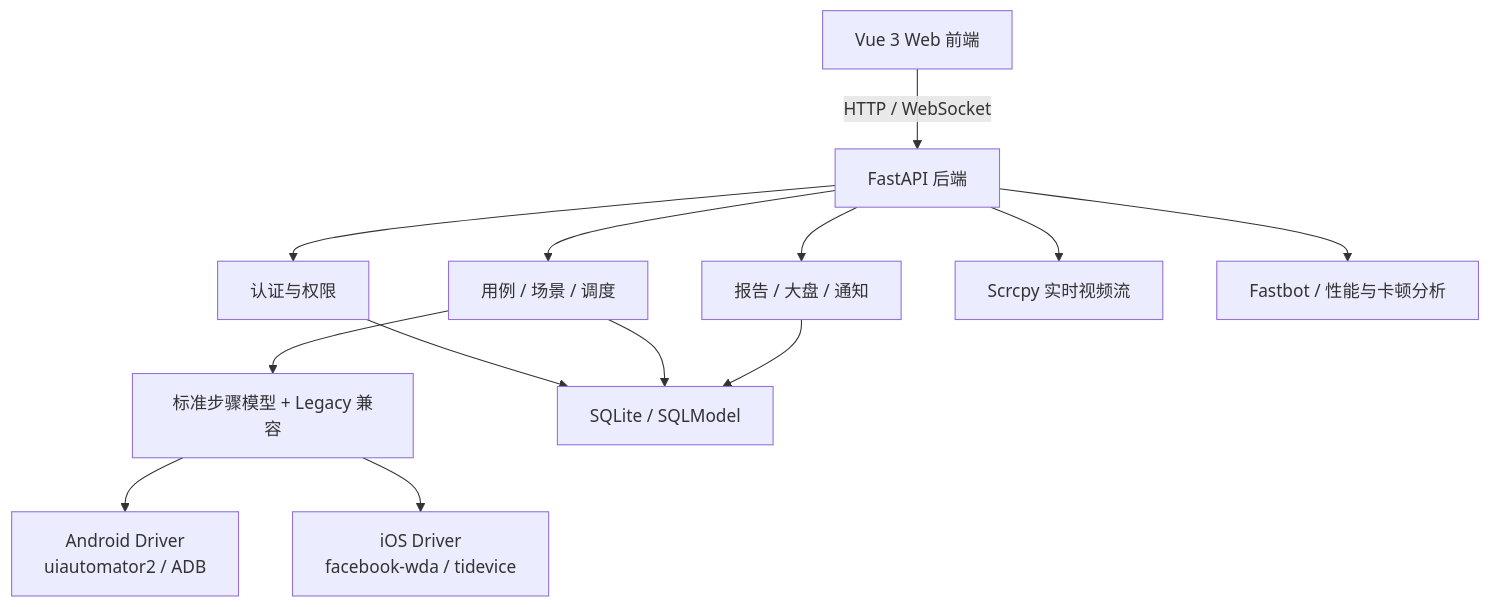
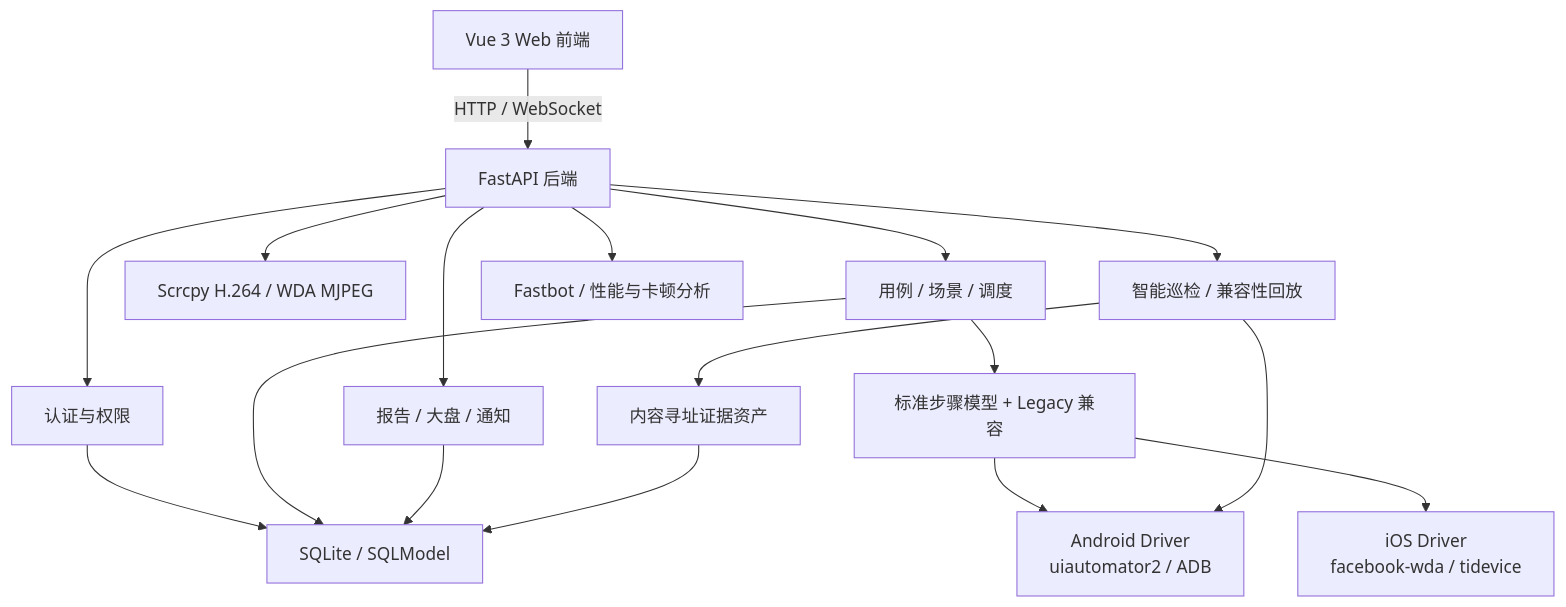
One commit to liqiu-debug/AutoDroid changed the diagram in README.md. Above: the diagram before and after it, drawn with Mermaid. The commit also changed other lines of this file and 9 other files, not shown here.

````diff
--- a/README.md
+++ b/README.md
@@ -28,15 +29,19 @@
 ```mermaid
 flowchart TD
     UI["Vue 3 Web 前端"] -->|"HTTP / WebSocket"| API["FastAPI 后端"]
     API --> AUTH["认证与权限"]
     API --> CASE["用例 / 场景 / 调度"]
     API --> REPORT["报告 / 大盘 / 通知"]
-    API --> STREAM["Scrcpy 实时视频流"]
+    API --> STREAM["Scrcpy H.264 / WDA MJPEG"]
+    API --> INSPECT["智能巡检 / 兼容性回放"]
     CASE --> MODEL["标准步骤模型 + Legacy 兼容"]
     MODEL --> ANDROID["Android Driver\nuiautomator2 / ADB"]
     MODEL --> IOS["iOS Driver\nfacebook-wda / tidevice"]
     API --> FASTBOT["Fastbot / 性能与卡顿分析"]
+    INSPECT --> ANDROID
+    INSPECT --> ASSET["内容寻址证据资产"]
     AUTH --> DB["SQLite / SQLModel"]
     CASE --> DB
     REPORT --> DB
+    ASSET --> DB
 ```
````
